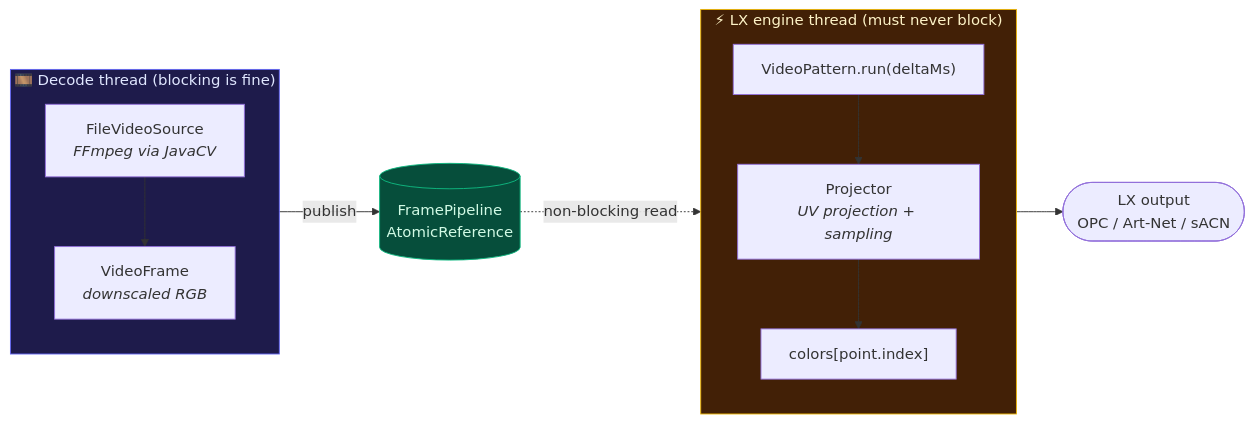
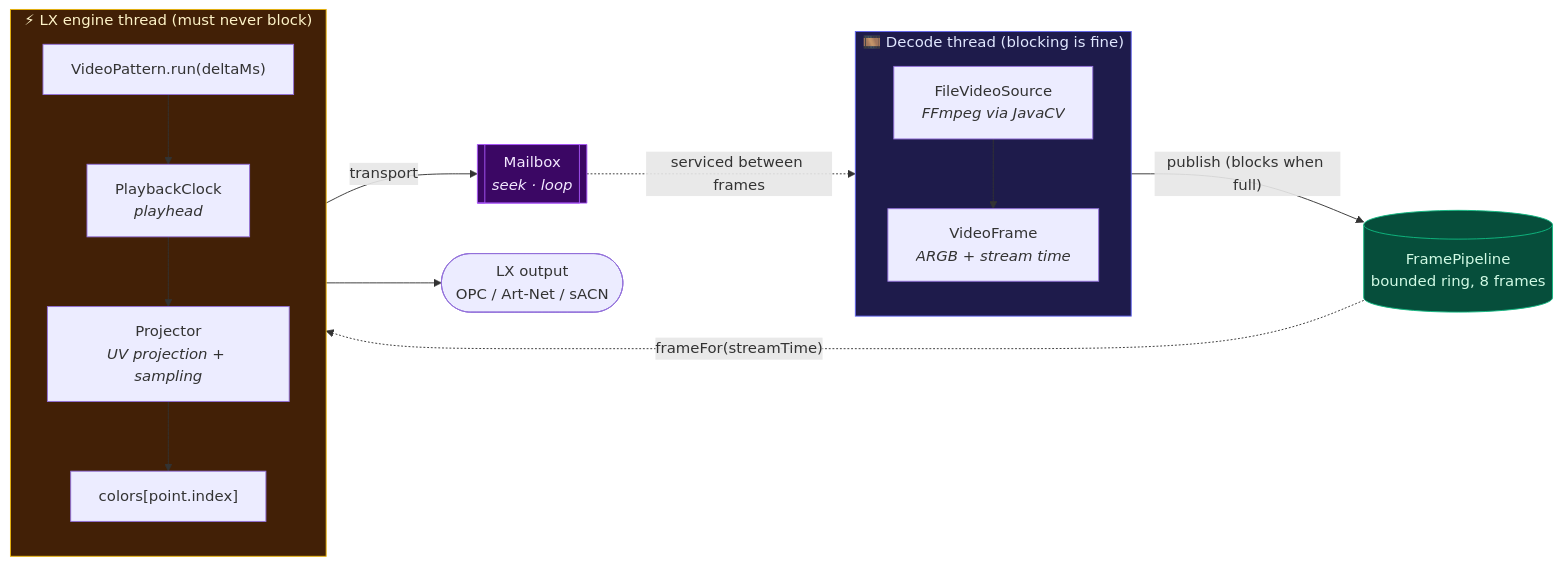
Before and after one commit to moonbase-labs/chromatik-plugins: the diagram in README.md, drawn with Mermaid. The commit also changed other lines of this file and 2 other files, not shown here.

First line of the commit message:
Document M3 transport

````diff
--- a/README.md
+++ b/README.md
@@ -131,27 +139,32 @@
 ```mermaid
 flowchart LR
     subgraph decode["🎞️ Decode thread (blocking is fine)"]
         direction TB
         SRC["FileVideoSource<br/><i>FFmpeg via JavaCV</i>"]
-        FRM["VideoFrame<br/><i>downscaled RGB</i>"]
+        FRM["VideoFrame<br/><i>ARGB + stream time</i>"]
         SRC --> FRM
     end
 
-    HOLD[("FramePipeline<br/>AtomicReference")]
+    RING[("FramePipeline<br/>bounded ring, 8 frames")]
+    BOX[["Mailbox<br/><i>seek · loop</i>"]]
 
     subgraph engine["⚡ LX engine thread (must never block)"]
         direction TB
         RUN["VideoPattern.run(deltaMs)"]
+        CLK["PlaybackClock<br/><i>playhead</i>"]
         PRJ["Projector<br/><i>UV projection + sampling</i>"]
         COL["colors[point.index]"]
-        RUN --> PRJ --> COL
+        RUN --> CLK --> PRJ --> COL
     end
 
-    FRM -- publish --> HOLD
-    HOLD -. "non-blocking read" .-> RUN
+    FRM -- "publish (blocks when full)" --> RING
+    RING -. "frameFor(streamTime)" .-> RUN
+    RUN -- "transport" --> BOX
+    BOX -. "serviced between frames" .-> SRC
     COL --> OUT(["LX output<br/>OPC / Art-Net / sACN"])
 
     style decode fill:#1e1b4b,stroke:#6366f1,color:#e0e7ff
     style engine fill:#422006,stroke:#eab308,color:#fef3c7
-    style HOLD fill:#064e3b,stroke:#10b981,color:#d1fae5
+    style RING fill:#064e3b,stroke:#10b981,color:#d1fae5
+    style BOX fill:#3b0764,stroke:#a855f7,color:#f3e8ff
 ```
````
